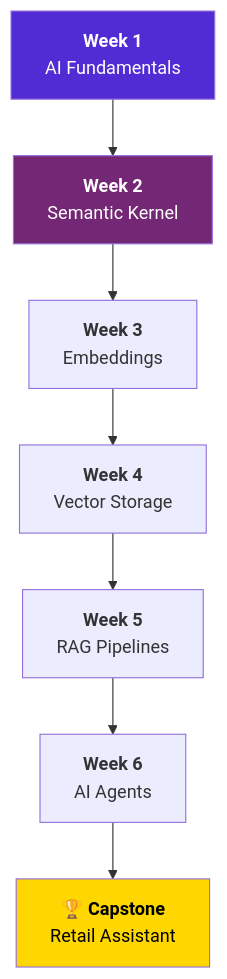
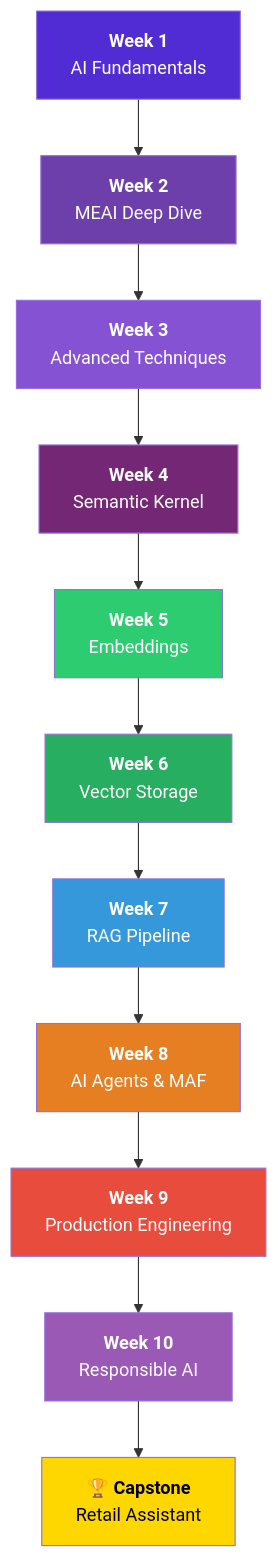
The diagram in README.md (itsrajkumar/Modern-AI-Engineer-Dotnet), drawn with Mermaid before and after one commit. The commit also changed other lines of this file and 43 other files, not shown here.

````diff
--- a/README.md
+++ b/README.md
@@ -37,13 +42,25 @@
 ```mermaid
 graph TD
-    W1[<b>Week 1</b><br/>AI Fundamentals] --> W2[<b>Week 2</b><br/>Semantic Kernel]
-    W2 --> W3[<b>Week 3</b><br/>Embeddings]
-    W3 --> W4[<b>Week 4</b><br/>Vector Storage]
-    W4 --> W5[<b>Week 5</b><br/>RAG Pipelines]
-    W5 --> W6[<b>Week 6</b><br/>AI Agents]
-    W6 --> CP[<b>🏆 Capstone</b><br/>Retail Assistant]
+    W1[<b>Week 1</b><br/>AI Fundamentals] --> W2[<b>Week 2</b><br/>MEAI Deep Dive]
+    W2 --> W3[<b>Week 3</b><br/>Advanced Techniques]
+    W3 --> W4[<b>Week 4</b><br/>Semantic Kernel]
+    W4 --> W5[<b>Week 5</b><br/>Embeddings]
+    W5 --> W6[<b>Week 6</b><br/>Vector Storage]
+    W6 --> W7[<b>Week 7</b><br/>RAG Pipeline]
+    W7 --> W8[<b>Week 8</b><br/>AI Agents & MAF]
+    W8 --> W9[<b>Week 9</b><br/>Production Engineering]
+    W9 --> W10[<b>Week 10</b><br/>Responsible AI]
+    W10 --> CP[<b>🏆 Capstone</b><br/>Retail Assistant]
 
     style W1 fill:#512BD4,color:#fff
-    style W2 fill:#742774,color:#fff
+    style W2 fill:#6C3FAA,color:#fff
+    style W3 fill:#8652D4,color:#fff
+    style W4 fill:#742774,color:#fff
+    style W5 fill:#2ecc71,color:#fff
+    style W6 fill:#27ae60,color:#fff
+    style W7 fill:#3498db,color:#fff
+    style W8 fill:#e67e22,color:#fff
+    style W9 fill:#e74c3c,color:#fff
+    style W10 fill:#9b59b6,color:#fff
     style CP fill:#ffd700,color:#000
 ```
````
